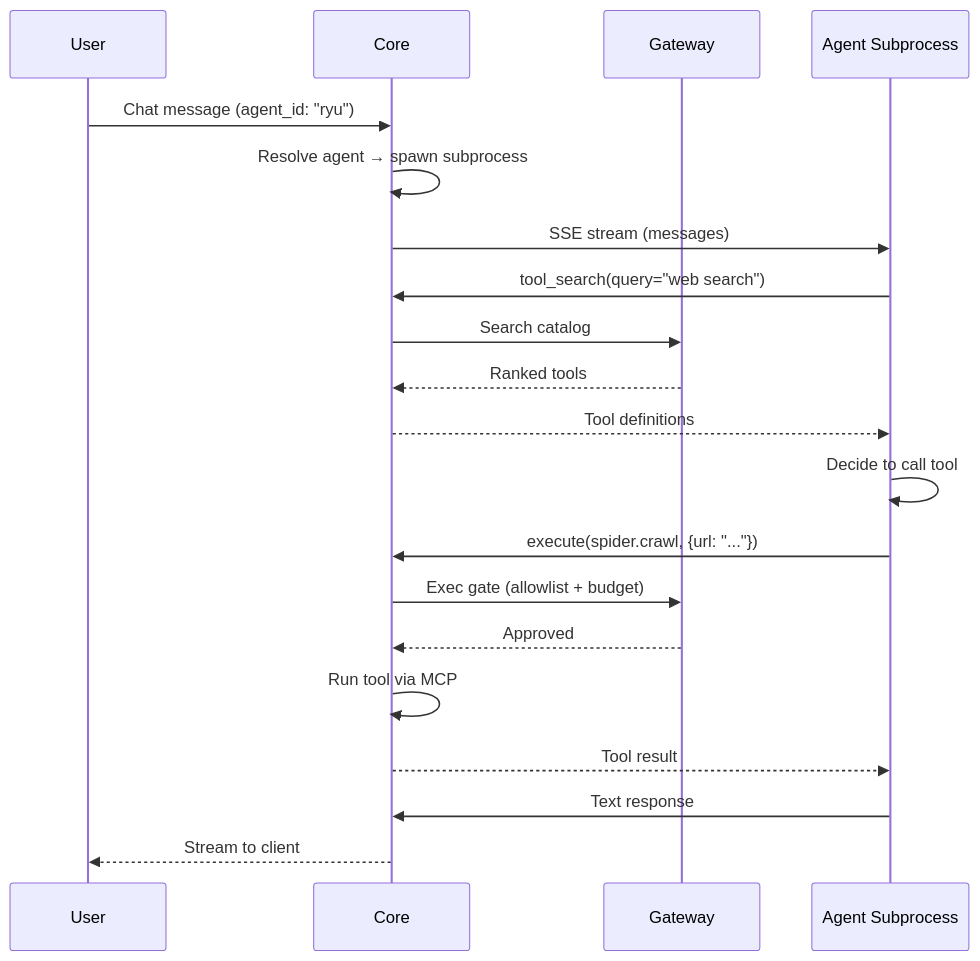
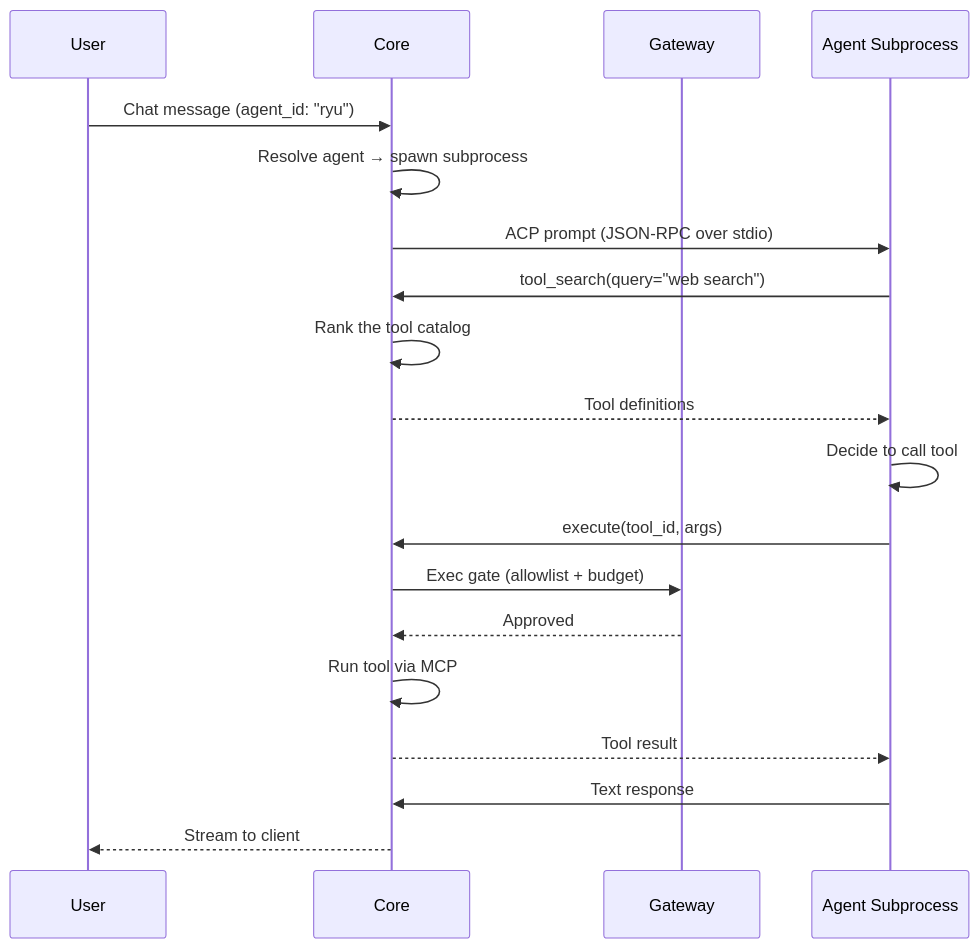
One commit to amajorai/ryu-docs changed the first of 4 diagrams in content/docs/extend/integrate/acp-integration.mdx. Above: the diagram before and after it, drawn with Mermaid. The commit also changed other lines of this file and 2538 other files, not shown here.

````diff
--- a/content/docs/extend/integrate/acp-integration.mdx
+++ b/content/docs/extend/integrate/acp-integration.mdx
@@ -19,23 +25,22 @@
 ```mermaid
 sequenceDiagram
   participant U as User
   participant K as Core
   participant G as Gateway
   participant A as Agent Subprocess
 
   U->>K: Chat message (agent_id: "ryu")
   K->>K: Resolve agent → spawn subprocess
-  K->>A: SSE stream (messages)
+  K->>A: ACP prompt (JSON-RPC over stdio)
   A->>K: tool_search(query="web search")
-  K->>G: Search catalog
-  G-->>K: Ranked tools
+  K->>K: Rank the tool catalog
   K-->>A: Tool definitions
   A->>A: Decide to call tool
-  A->>K: execute(spider.crawl, {url: "..."})
+  A->>K: execute(tool_id, args)
   K->>G: Exec gate (allowlist + budget)
   G-->>K: Approved
   K->>K: Run tool via MCP
   K-->>A: Tool result
   A->>K: Text response
   K-->>U: Stream to client
 ```
````
